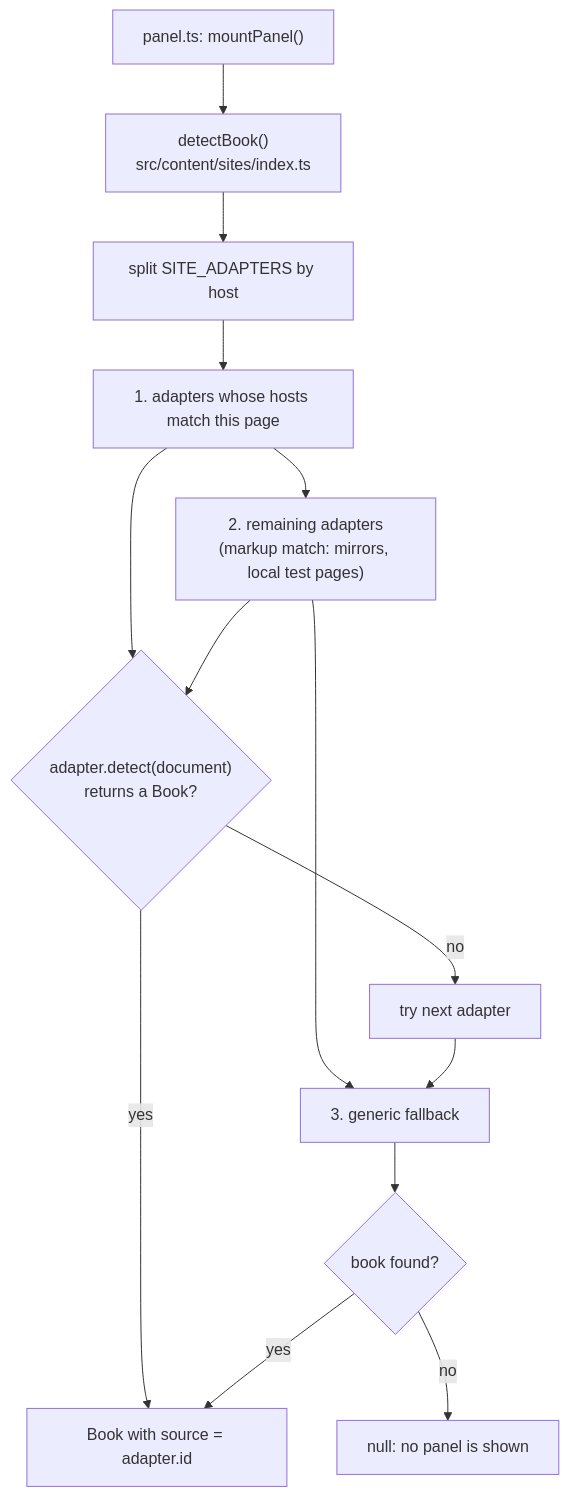
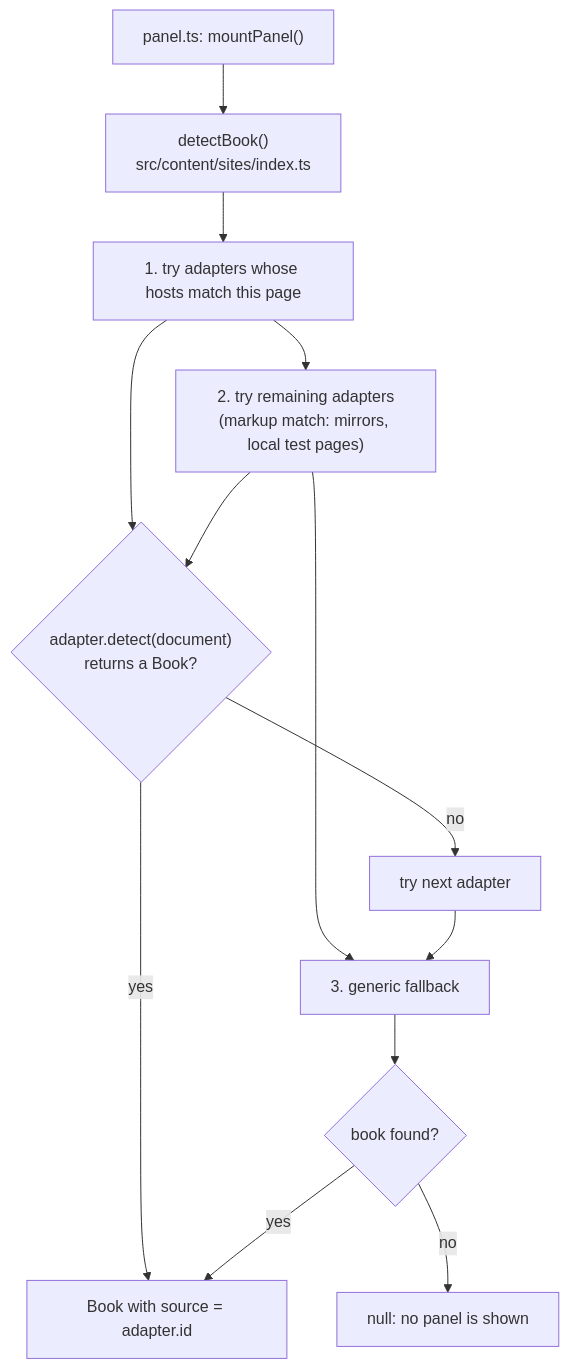
Before and after one commit to abdullahkhfb/narrately: the diagram in docs/adding-a-site.md, drawn with Mermaid. The commit also changed other lines of this file and 50 other files, not shown here.

````diff
--- a/docs/adding-a-site.md
+++ b/docs/adding-a-site.md
@@ -10,16 +10,15 @@
 ```mermaid
 flowchart TD
     panel["panel.ts: mountPanel()"] --> detect["detectBook()<br/>src/content/sites/index.ts"]
-    detect --> split["split SITE_ADAPTERS by host"]
-    split --> hostfirst["1. adapters whose hosts match this page"]
-    hostfirst --> others["2. remaining adapters<br/>(markup match: mirrors, local test pages)"]
+    detect --> hostfirst["1. try adapters whose hosts match this page"]
+    hostfirst --> others["2. try remaining adapters<br/>(markup match: mirrors, local test pages)"]
     others --> generic["3. generic fallback"]
     hostfirst --> found{"adapter.detect(document)<br/>returns a Book?"}
     others --> found
     found -- yes --> book["Book with source = adapter.id"]
     found -- no --> next["try next adapter"]
     next --> generic
     generic --> gres{"book found?"}
     gres -- yes --> book
     gres -- no --> nopanel["null: no panel is shown"]
 ```
````
